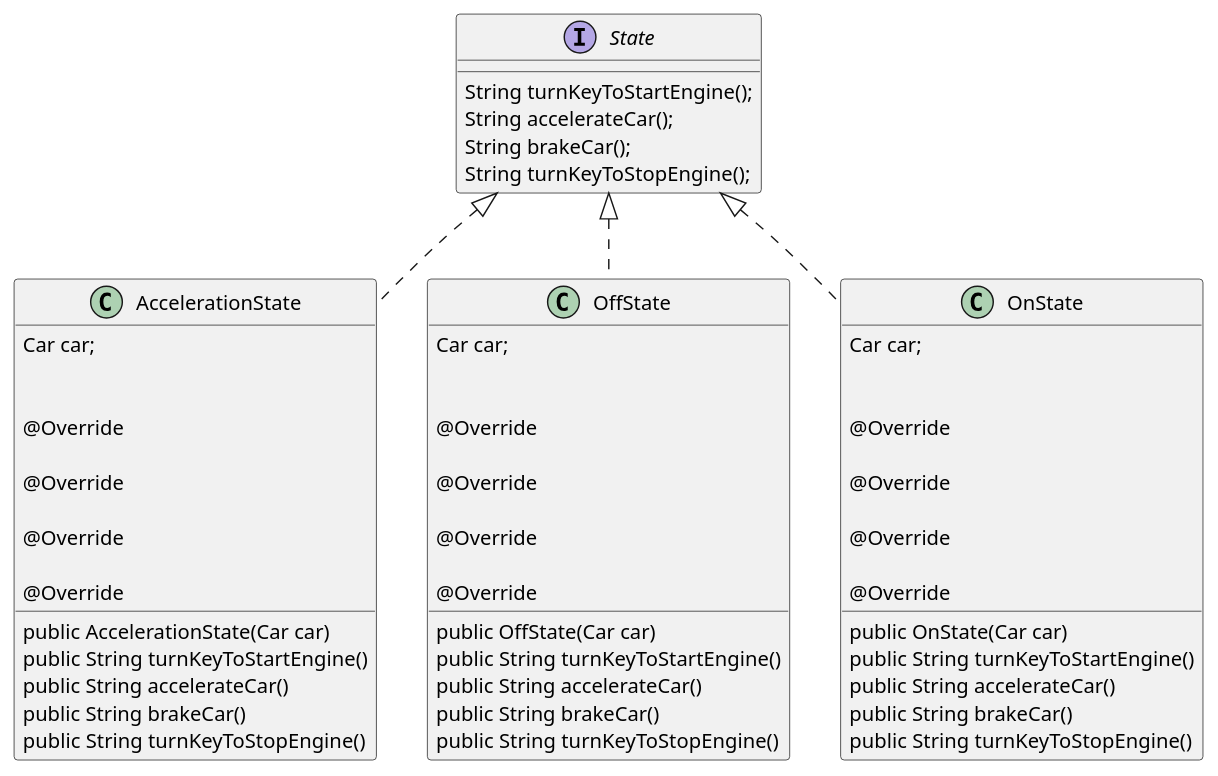
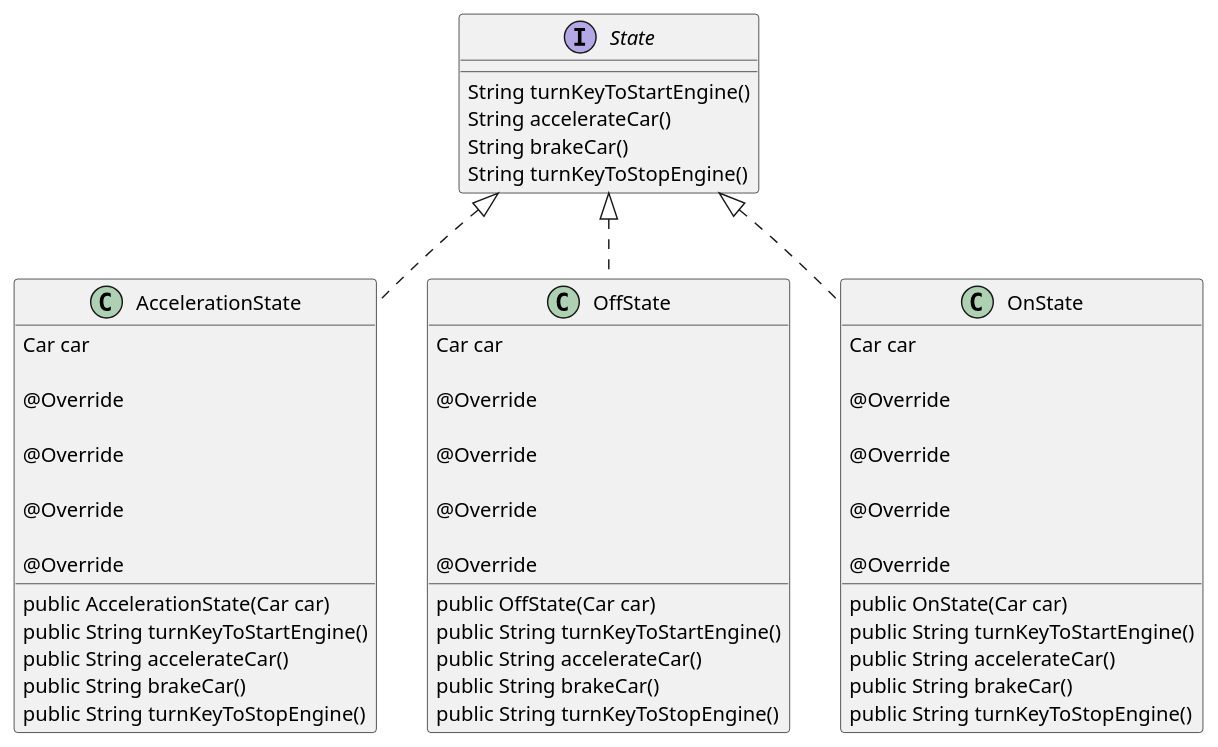
One commit to 43Carrig/Design_Patterns_Car changed the diagram in plantUML/state.puml. Above: the diagram before and after it, drawn with PlantUML. The commit also changed 8 other files, not shown here.

```diff
--- a/plantUML/state.puml
+++ b/plantUML/state.puml
@@ -1,64 +1,64 @@
 @startuml
 
 class AccelerationState implements State {
-    Car car;
 
+    Car car
     public AccelerationState(Car car)
 
     @Override
     public String turnKeyToStartEngine()
 
     @Override
     public String accelerateCar()
 
     @Override
     public String brakeCar()
 
     @Override
     public String turnKeyToStopEngine()
 }
 
 class OffState implements State{
-    Car car;
 
+    Car car
     public OffState(Car car)
 
     @Override
     public String turnKeyToStartEngine()
 
     @Override
     public String accelerateCar()
 
     @Override
     public String brakeCar()
 
     @Override
     public String turnKeyToStopEngine()
 }
 
 class OnState implements State {
-    Car car;
 
+    Car car
     public OnState(Car car)
 
     @Override
     public String turnKeyToStartEngine()
 
     @Override
     public String accelerateCar()
 
     @Override
     public String brakeCar()
 
     @Override
     public String turnKeyToStopEngine()
 }
 
 interface State {
-    String turnKeyToStartEngine();
-    String accelerateCar();
-    String brakeCar();
-    String turnKeyToStopEngine();
+    String turnKeyToStartEngine()
+    String accelerateCar()
+    String brakeCar()
+    String turnKeyToStopEngine()
 }
 
 @enduml
```
